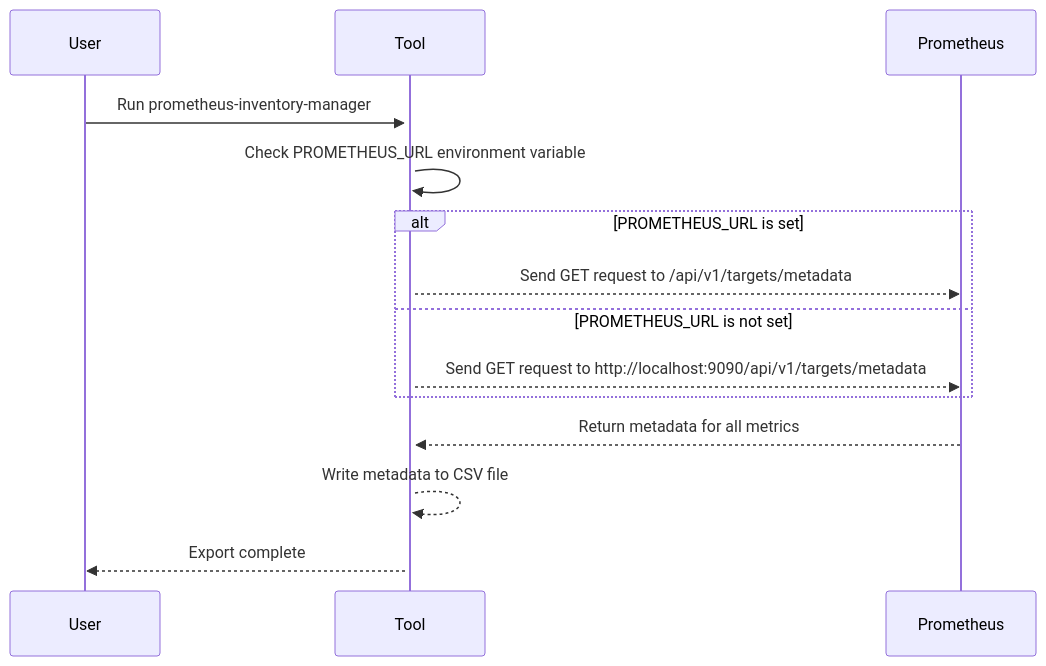
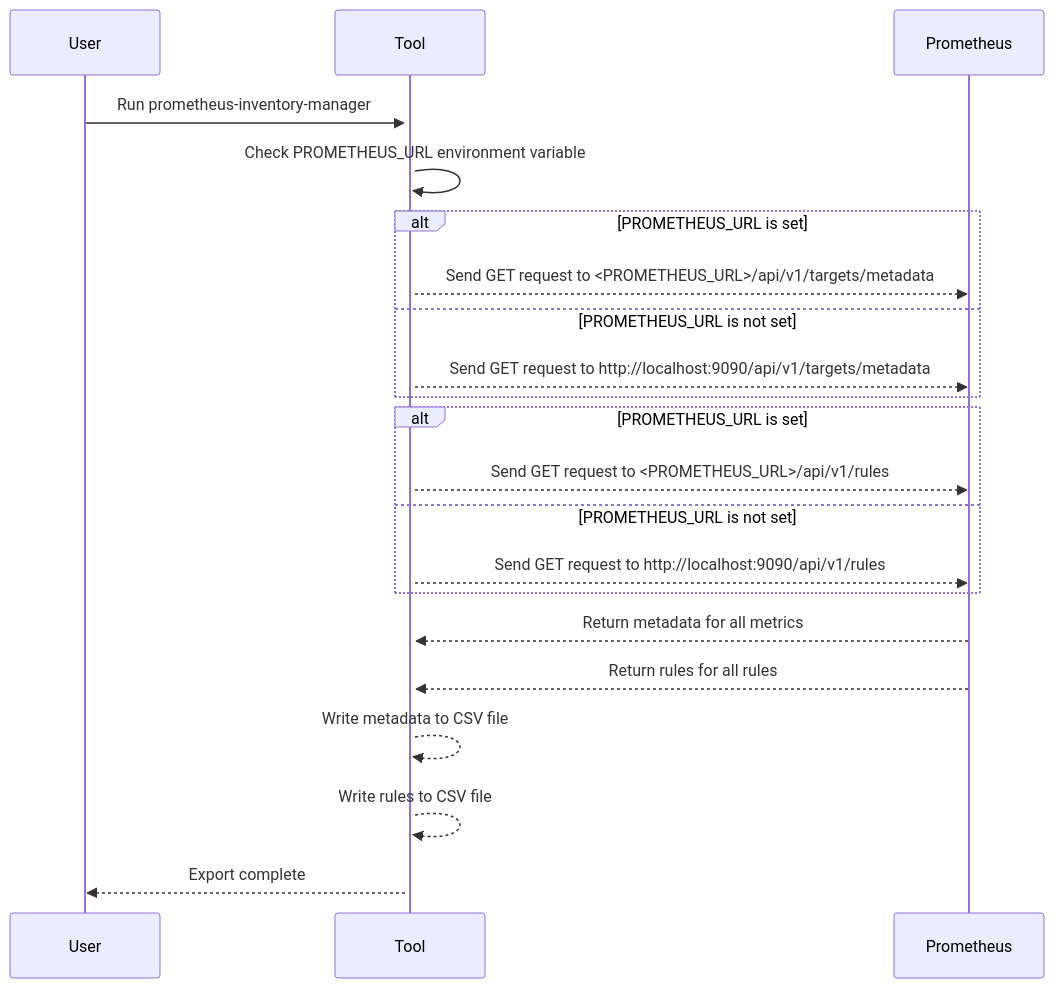
The diagram in README.md (geekxflood/prometheus-inventory-manager), drawn with Mermaid before and after one commit. The commit also changed other lines of this file, not shown here.

````diff
--- a/README.md
+++ b/README.md
@@ -107,17 +107,24 @@
 ```mermaid
 sequenceDiagram
     participant User
     participant Tool
     participant Prometheus
 
     User->>+Tool: Run prometheus-inventory-manager
     Tool->>Tool: Check PROMETHEUS_URL environment variable
     alt PROMETHEUS_URL is set
-        Tool-->>Prometheus: Send GET request to /api/v1/targets/metadata
+        Tool-->>Prometheus: Send GET request to <PROMETHEUS_URL>/api/v1/targets/metadata
     else PROMETHEUS_URL is not set
         Tool-->>Prometheus: Send GET request to http://localhost:9090/api/v1/targets/metadata
     end
+    alt PROMETHEUS_URL is set
+        Tool-->>Prometheus: Send GET request to <PROMETHEUS_URL>/api/v1/rules
+    else PROMETHEUS_URL is not set
+        Tool-->>Prometheus: Send GET request to http://localhost:9090/api/v1/rules
+    end
     Prometheus-->>Tool: Return metadata for all metrics
+    Prometheus-->>Tool: Return rules for all rules
     Tool-->>Tool: Write metadata to CSV file
+    Tool-->>Tool: Write rules to CSV file
     Tool-->>User: Export complete
 ```
````
